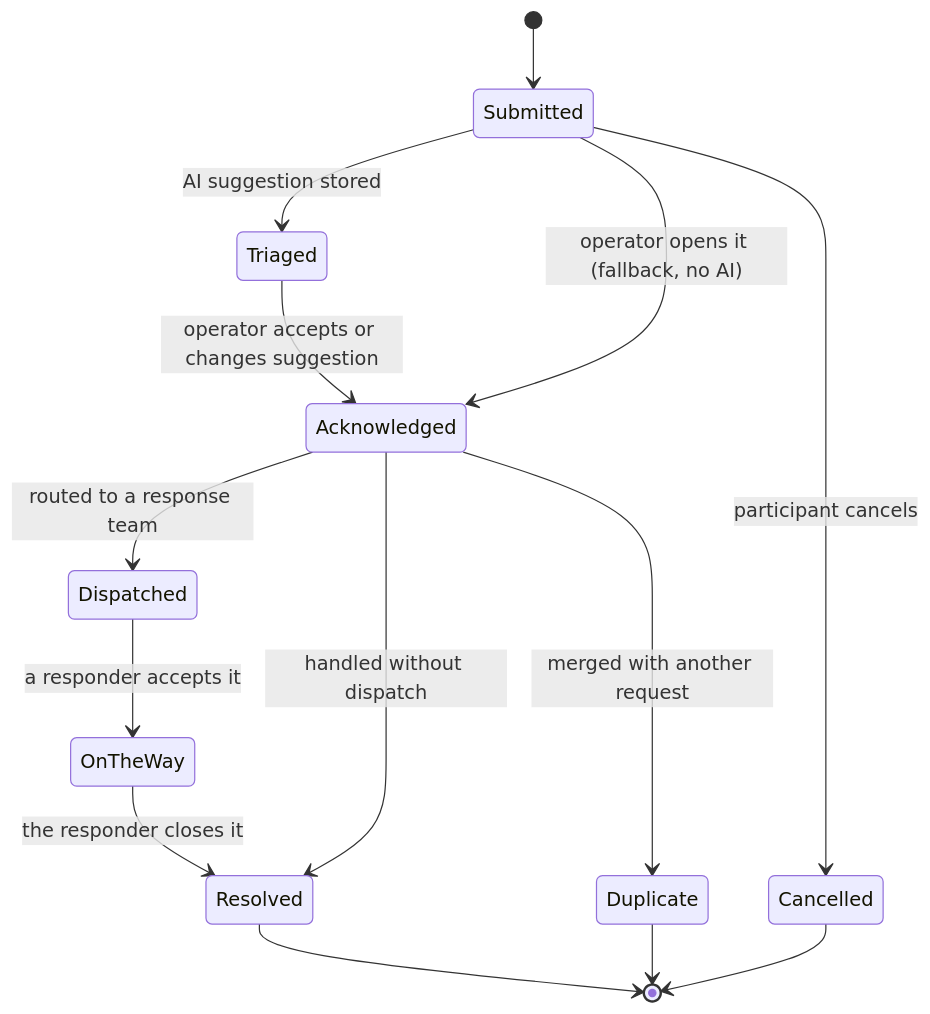
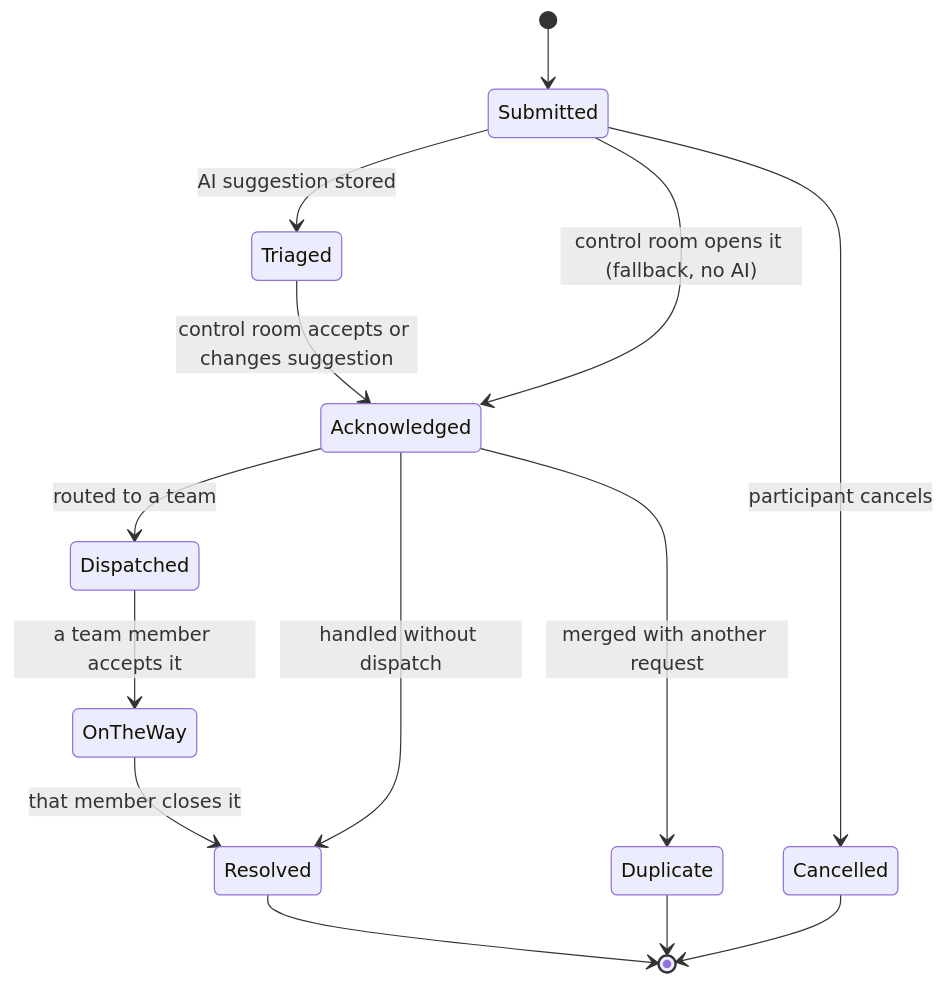
The third of 8 diagrams in Docs/Product/user-workflows.md (tomasoliveira21/LABDSOF), drawn with Mermaid before and after one commit. The commit also changed other lines of this file and 10 other files, not shown here.

````diff
--- a/Docs/Product/user-workflows.md
+++ b/Docs/Product/user-workflows.md
@@ -115,16 +115,16 @@
 ```mermaid
 stateDiagram-v2
     [*] --> Submitted
     Submitted --> Triaged: AI suggestion stored
-    Submitted --> Acknowledged: operator opens it (fallback, no AI)
-    Triaged --> Acknowledged: operator accepts or changes suggestion
-    Acknowledged --> Dispatched: routed to a response team
+    Submitted --> Acknowledged: control room opens it (fallback, no AI)
+    Triaged --> Acknowledged: control room accepts or changes suggestion
+    Acknowledged --> Dispatched: routed to a team
     Acknowledged --> Resolved: handled without dispatch
-    Dispatched --> OnTheWay: a responder accepts it
-    OnTheWay --> Resolved: the responder closes it
+    Dispatched --> OnTheWay: a team member accepts it
+    OnTheWay --> Resolved: that member closes it
     Submitted --> Cancelled: participant cancels
     Acknowledged --> Duplicate: merged with another request
     Resolved --> [*]
     Cancelled --> [*]
     Duplicate --> [*]
 ```
````
